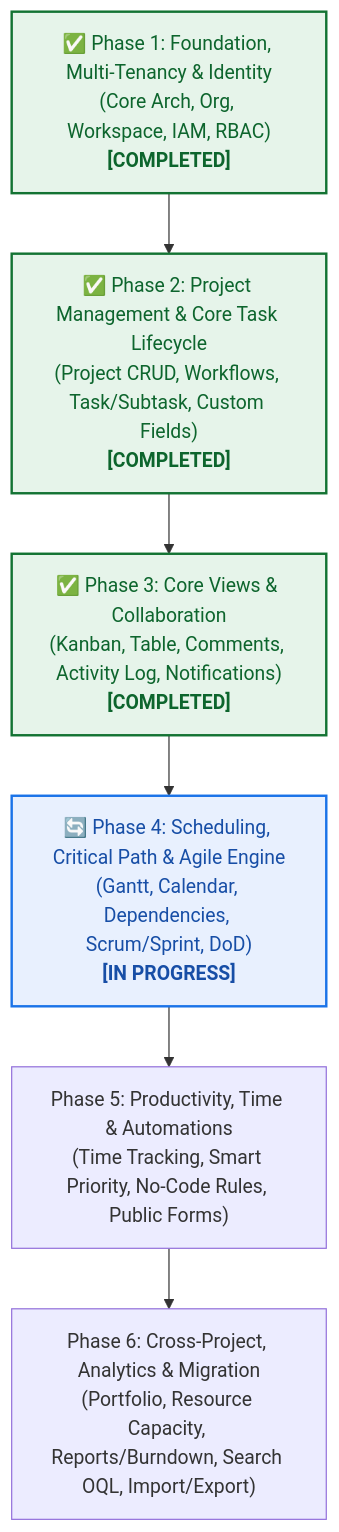
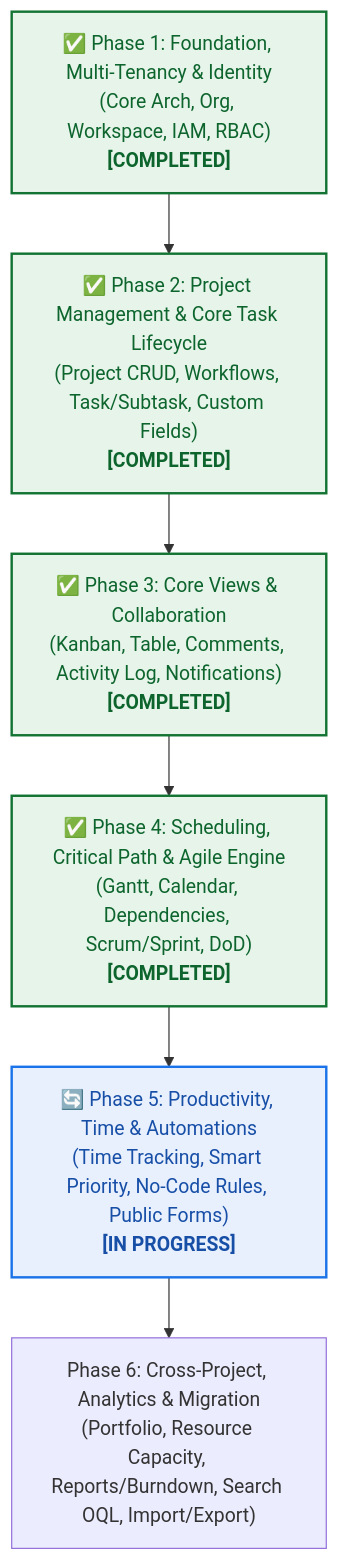
One commit to HuynhTri-dev/omnimer_team_doc changed the diagram in docs/bda/02-phase1-omniproject/omniproject_core/00_DEVELOPMENT_PHASES_ROADMAP.md. Above: the diagram before and after it, drawn with Mermaid. The commit also changed other lines of this file, not shown here.

Commit message:
docs(roadmap): mark phase 4 completed and advance phase 5 to in progress

````diff
--- a/docs/bda/02-phase1-omniproject/omniproject_core/00_DEVELOPMENT_PHASES_ROADMAP.md
+++ b/docs/bda/02-phase1-omniproject/omniproject_core/00_DEVELOPMENT_PHASES_ROADMAP.md
@@ -11,13 +11,14 @@
 ```mermaid
 flowchart TD
     P1["✅ Phase 1: Foundation, Multi-Tenancy & Identity<br/>(Core Arch, Org, Workspace, IAM, RBAC)<br/><b>[COMPLETED]</b>"] --> P2["✅ Phase 2: Project Management & Core Task Lifecycle<br/>(Project CRUD, Workflows, Task/Subtask, Custom Fields)<br/><b>[COMPLETED]</b>"]
     P2 --> P3["✅ Phase 3: Core Views & Collaboration<br/>(Kanban, Table, Comments, Activity Log, Notifications)<br/><b>[COMPLETED]</b>"]
-    P3 --> P4["🔄 Phase 4: Scheduling, Critical Path & Agile Engine<br/>(Gantt, Calendar, Dependencies, Scrum/Sprint, DoD)<br/><b>[IN PROGRESS]</b>"]
-    P4 --> P5["Phase 5: Productivity, Time & Automations<br/>(Time Tracking, Smart Priority, No-Code Rules, Public Forms)"]
+    P3 --> P4["✅ Phase 4: Scheduling, Critical Path & Agile Engine<br/>(Gantt, Calendar, Dependencies, Scrum/Sprint, DoD)<br/><b>[COMPLETED]</b>"]
+    P4 --> P5["🔄 Phase 5: Productivity, Time & Automations<br/>(Time Tracking, Smart Priority, No-Code Rules, Public Forms)<br/><b>[IN PROGRESS]</b>"]
     P5 --> P6["Phase 6: Cross-Project, Analytics & Migration<br/>(Portfolio, Resource Capacity, Reports/Burndown, Search OQL, Import/Export)"]
 
     style P1 fill:#e6f4ea,stroke:#137333,stroke-width:2px,color:#0d652d
     style P2 fill:#e6f4ea,stroke:#137333,stroke-width:2px,color:#0d652d
     style P3 fill:#e6f4ea,stroke:#137333,stroke-width:2px,color:#0d652d
-    style P4 fill:#e8f0fe,stroke:#1a73e8,stroke-width:2px,color:#174ea6
+    style P4 fill:#e6f4ea,stroke:#137333,stroke-width:2px,color:#0d652d
+    style P5 fill:#e8f0fe,stroke:#1a73e8,stroke-width:2px,color:#174ea6
 ```
````
